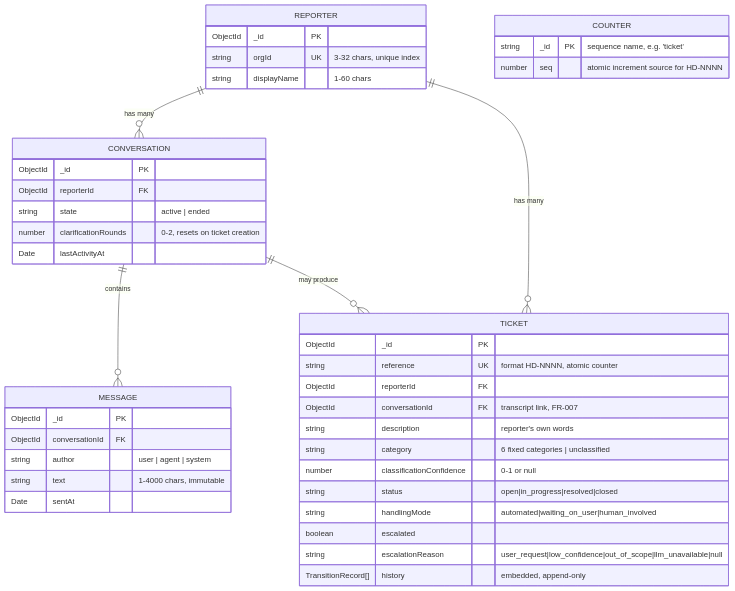
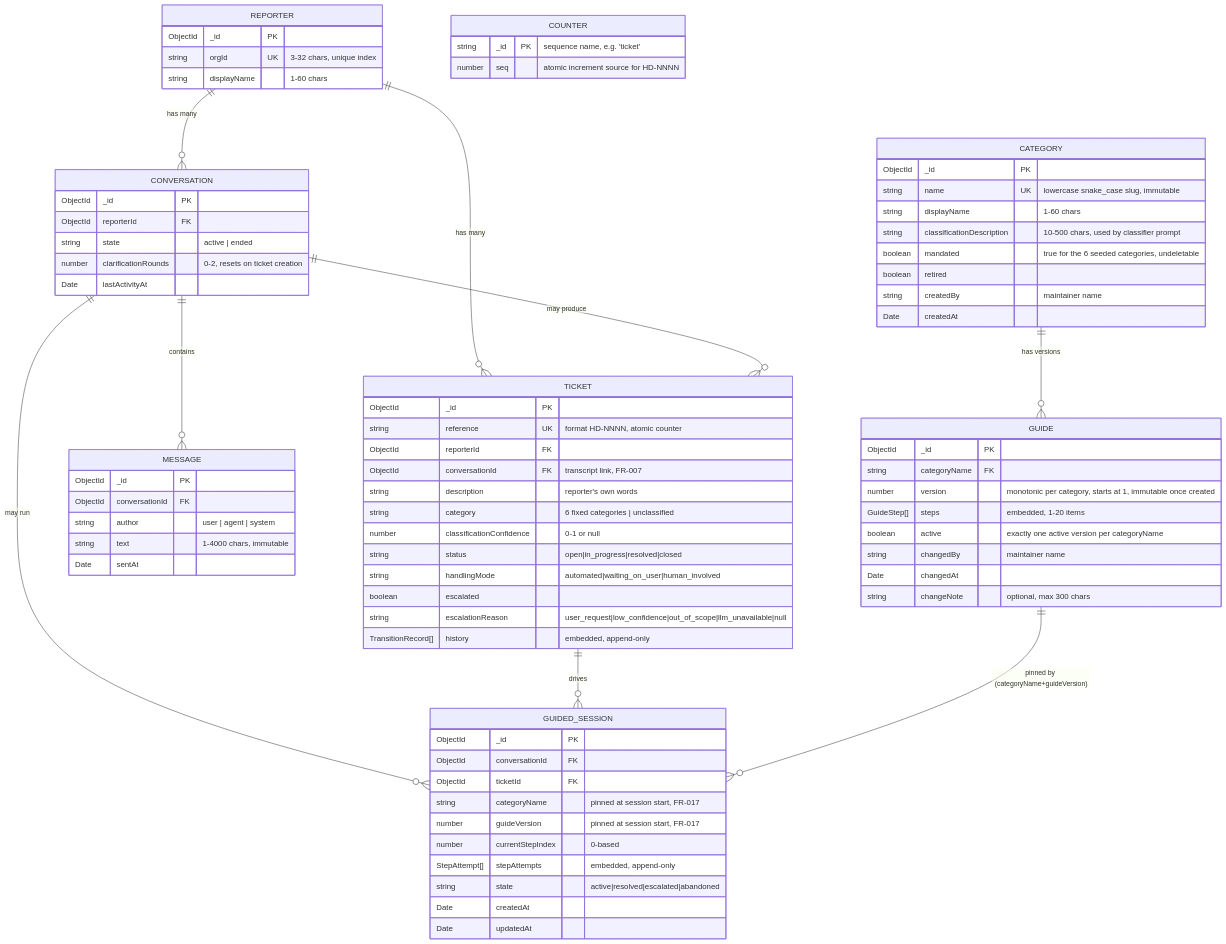
One commit to 6rzan/ai-helpdesk-agent changed the diagram in docs/design/erd.md. Above: the diagram before and after it, drawn with Mermaid. The commit also changed other lines of this file and 57 other files, not shown here.

````diff
--- a/docs/design/erd.md
+++ b/docs/design/erd.md
@@ -8,6 +8,10 @@
     REPORTER ||--o{ TICKET : "has many"
     CONVERSATION ||--o{ MESSAGE : "contains"
     CONVERSATION ||--o{ TICKET : "may produce"
+    CONVERSATION ||--o{ GUIDED_SESSION : "may run"
+    TICKET ||--o{ GUIDED_SESSION : "drives"
+    CATEGORY ||--o{ GUIDE : "has versions"
+    GUIDE ||--o{ GUIDED_SESSION : "pinned by (categoryName+guideVersion)"
 
     REPORTER {
         ObjectId _id PK
@@ -50,4 +54,39 @@
         string _id PK "sequence name, e.g. 'ticket'"
         number seq "atomic increment source for HD-NNNN"
     }
+
+    CATEGORY {
+        ObjectId _id PK
+        string name UK "lowercase snake_case slug, immutable"
+        string displayName "1-60 chars"
+        string classificationDescription "10-500 chars, used by classifier prompt"
+        boolean mandated "true for the 6 seeded categories, undeletable"
+        boolean retired
+        string createdBy "maintainer name"
+        Date createdAt
+    }
+
+    GUIDE {
+        ObjectId _id PK
+        string categoryName FK
+        number version "monotonic per category, starts at 1, immutable once created"
+        GuideStep[] steps "embedded, 1-20 items"
+        boolean active "exactly one active version per categoryName"
+        string changedBy "maintainer name"
+        Date changedAt
+        string changeNote "optional, max 300 chars"
+    }
+
+    GUIDED_SESSION {
+        ObjectId _id PK
+        ObjectId conversationId FK
+        ObjectId ticketId FK
+        string categoryName "pinned at session start, FR-017"
+        number guideVersion "pinned at session start, FR-017"
+        number currentStepIndex "0-based"
+        StepAttempt[] stepAttempts "embedded, append-only"
+        string state "active|resolved|escalated|abandoned"
+        Date createdAt
+        Date updatedAt
+    }
 ```
````
